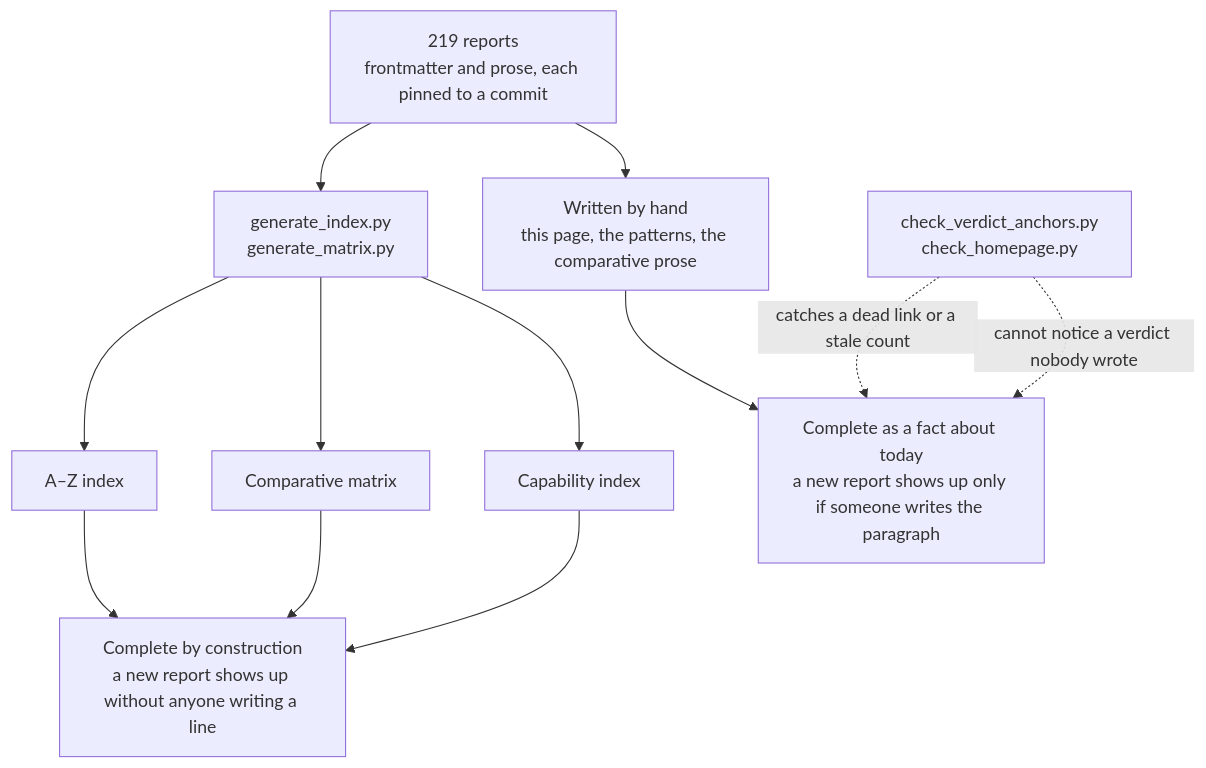
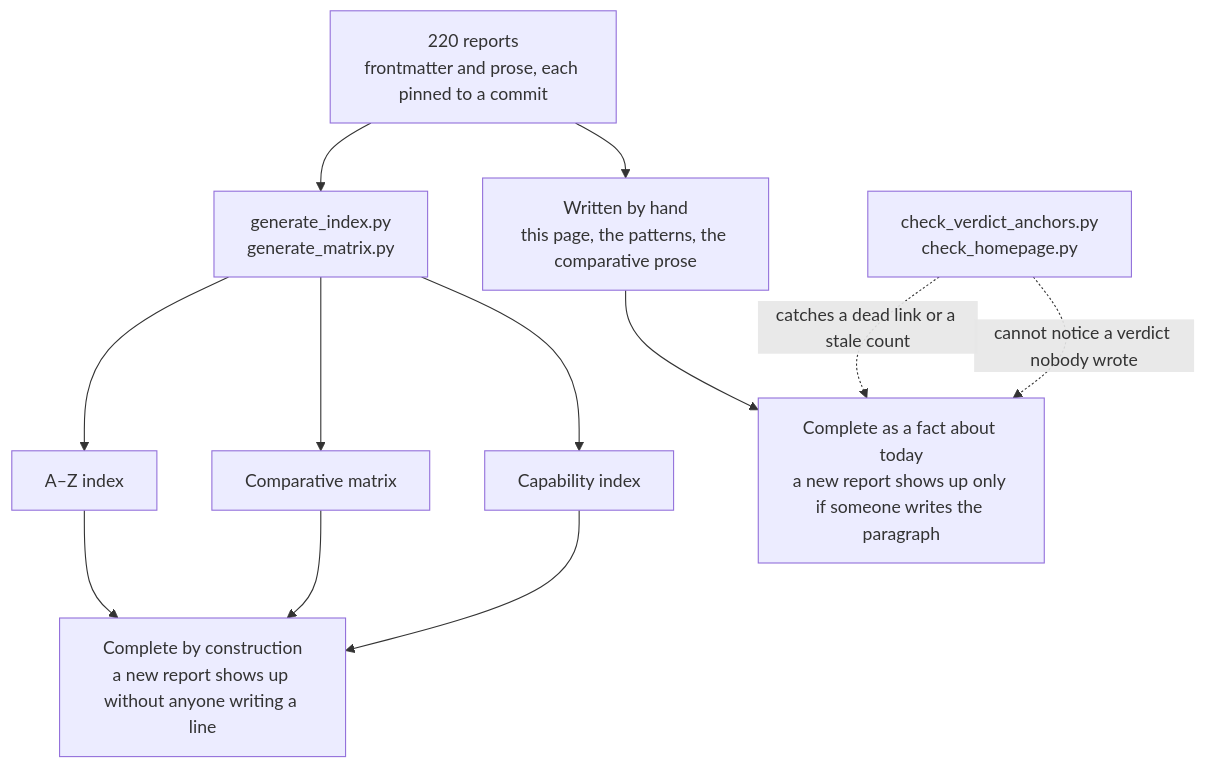
Before and after one commit to neoneye/agent-memory-atlas: the diagram in content/verdicts.md, drawn with Mermaid. The commit also changed other lines of this file and 19 other files, not shown here.

````diff
--- a/content/verdicts.md
+++ b/content/verdicts.md
@@ -40,15 +40,15 @@
 ```mermaid
 flowchart TD
-    R["219 reports<br/>frontmatter and prose, each pinned to a commit"]
+    R["220 reports<br/>frontmatter and prose, each pinned to a commit"]
     R --> GEN["generate_index.py<br/>generate_matrix.py"]
     R --> HAND["Written by hand<br/>this page, the patterns, the comparative prose"]
     GEN --> AZ["A–Z index"]
     GEN --> MX["Comparative matrix"]
     GEN --> CI["Capability index"]
     AZ --> CONST["Complete by construction<br/>a new report shows up without anyone writing a line"]
     MX --> CONST
     CI --> CONST
     HAND --> TODAY["Complete as a fact about today<br/>a new report shows up only if someone writes the paragraph"]
     CHK["check_verdict_anchors.py<br/>check_homepage.py"] -.->|"catches a dead link or a stale count"| TODAY
     CHK -.->|"cannot notice a verdict nobody wrote"| TODAY
 ```
````
